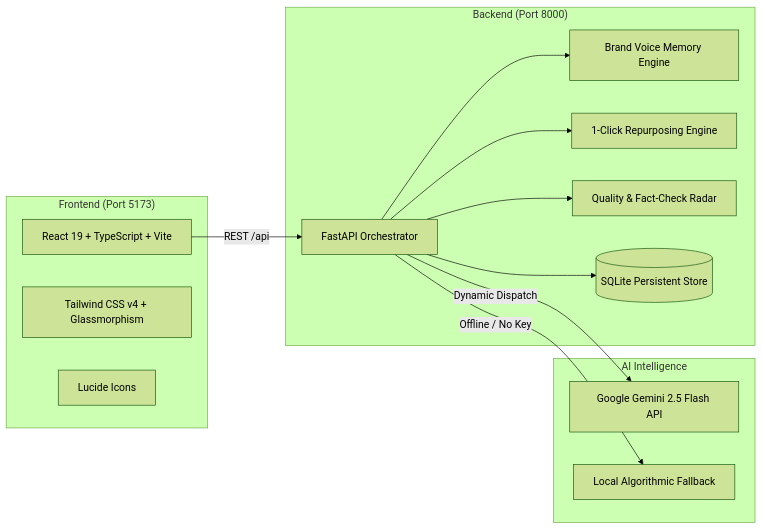
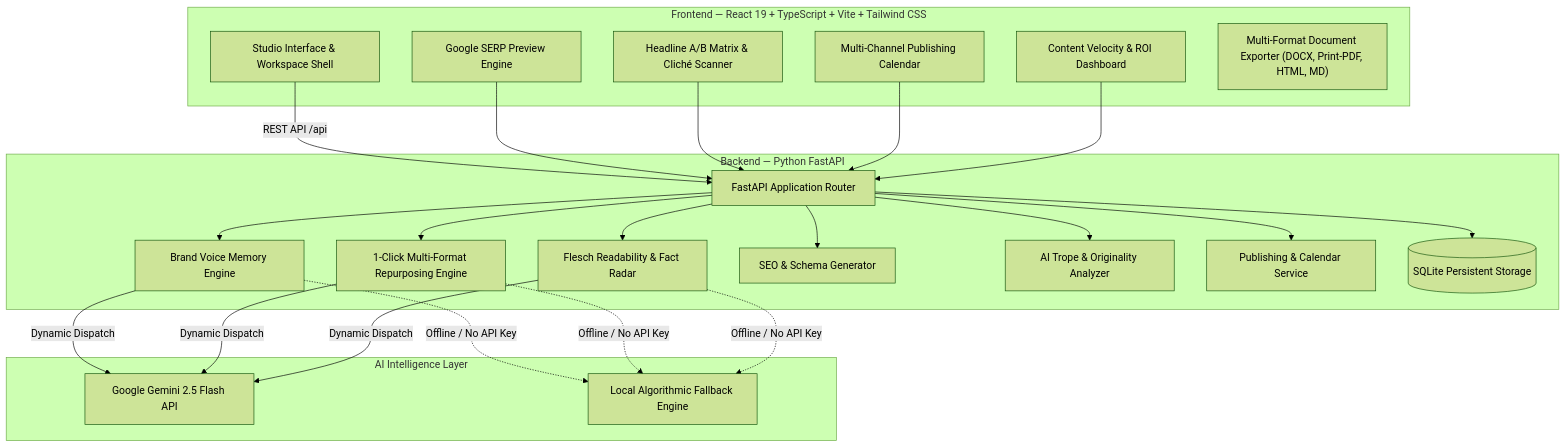
Before and after one commit to mrunal-t2005/Writara: the diagram in README.md, drawn with Mermaid (forest theme). The commit also changed other lines of this file and 9 other files, not shown here.

Commit message:
feat: complete Writara platform with Multi-Channel Calendar, Analytics Dashboard, and full docs

````diff
--- a/README.md
+++ b/README.md
@@ -46,29 +55,48 @@
 ```mermaid
-flowchart LR
-    subgraph Frontend ["Frontend (Port 5173)"]
-        UI["React 19 + TypeScript + Vite"]
-        Tailwind["Tailwind CSS v4 + Glassmorphism"]
-        Lucide["Lucide Icons"]
+flowchart TD
+    subgraph Client ["Frontend — React 19 + TypeScript + Vite + Tailwind CSS"]
+        UI["Studio Interface & Workspace Shell"]
+        SERP["Google SERP Preview Engine"]
+        ABView["Headline A/B Matrix & Cliché Scanner"]
+        CalView["Multi-Channel Publishing Calendar"]
+        AnalyticsView["Content Velocity & ROI Dashboard"]
+        ExportEngine["Multi-Format Document Exporter (DOCX, Print-PDF, HTML, MD)"]
     end
 
-    subgraph Backend ["Backend (Port 8000)"]
-        FastAPI["FastAPI Orchestrator"]
-        BVoice["Brand Voice Memory Engine"]
-        Repurpose["1-Click Repurposing Engine"]
-        Audit["Quality & Fact-Check Radar"]
-        DB[(SQLite Persistent Store)]
+    subgraph Server ["Backend — Python FastAPI"]
+        Router["FastAPI Application Router"]
+        BVoiceEngine["Brand Voice Memory Engine"]
+        RepurposeEngine["1-Click Multi-Format Repurposing Engine"]
+        AuditEngine["Flesch Readability & Fact Radar"]
+        SeoEngine["SEO & Schema Generator"]
+        ClicheEngine["AI Trope & Originality Analyzer"]
+        CalendarEngine["Publishing & Calendar Service"]
+        DB[(SQLite Persistent Storage)]
     end
 
-    subgraph AIProvider ["AI Intelligence"]
+    subgraph AI ["AI Intelligence Layer"]
         Gemini["Google Gemini 2.5 Flash API"]
-        LocalEngine["Local Algorithmic Fallback"]
+        LocalAlgorithmic["Local Algorithmic Fallback Engine"]
     end
 
-    UI -->|REST /api| FastAPI
-    FastAPI --> BVoice
-    FastAPI --> Repurpose
-    FastAPI --> Audit
-    FastAPI --> DB
-    FastAPI -->|Dynamic Dispatch| Gemini
-    FastAPI -->|Offline / No Key| LocalEngine
+    UI -->|REST API /api| Router
+    SERP --> Router
+    ABView --> Router
+    CalView --> Router
+    AnalyticsView --> Router
+
+    Router --> BVoiceEngine
+    Router --> RepurposeEngine
+    Router --> AuditEngine
+    Router --> SeoEngine
+    Router --> ClicheEngine
+    Router --> CalendarEngine
+    Router --> DB
+
+    BVoiceEngine -->|Dynamic Dispatch| Gemini
+    RepurposeEngine -->|Dynamic Dispatch| Gemini
+    AuditEngine -->|Dynamic Dispatch| Gemini
+    BVoiceEngine -.->|Offline / No API Key| LocalAlgorithmic
+    RepurposeEngine -.->|Offline / No API Key| LocalAlgorithmic
+    AuditEngine -.->|Offline / No API Key| LocalAlgorithmic
 ```
````
